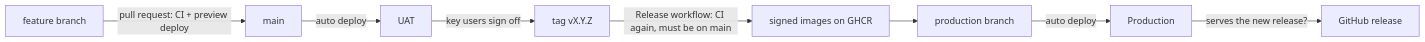
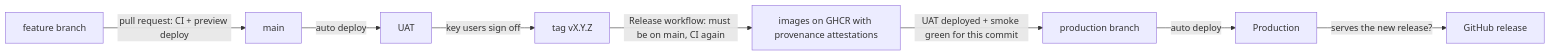
The diagram in docs/ENVIRONMENTS.md (pavansky/fab-dispatch), drawn with Mermaid before and after one commit. The commit also changed other lines of this file and 22 other files, not shown here.

````diff
--- a/docs/ENVIRONMENTS.md
+++ b/docs/ENVIRONMENTS.md
@@ -15,10 +15,10 @@
 ```mermaid
 flowchart LR
   F[feature branch] -->|pull request: CI + preview deploy| M[main]
   M -->|auto deploy| U[UAT]
   U -->|key users sign off| T[tag vX.Y.Z]
-  T -->|Release workflow: CI again, must be on main| I[signed images on GHCR]
-  I --> P[production branch]
+  T -->|Release workflow: must be on main, CI again| I[images on GHCR with provenance attestations]
+  I -->|UAT deployed + smoke green for this commit| P[production branch]
   P -->|auto deploy| PR[Production]
   PR -->|serves the new release?| R[GitHub release]
 ```
````
